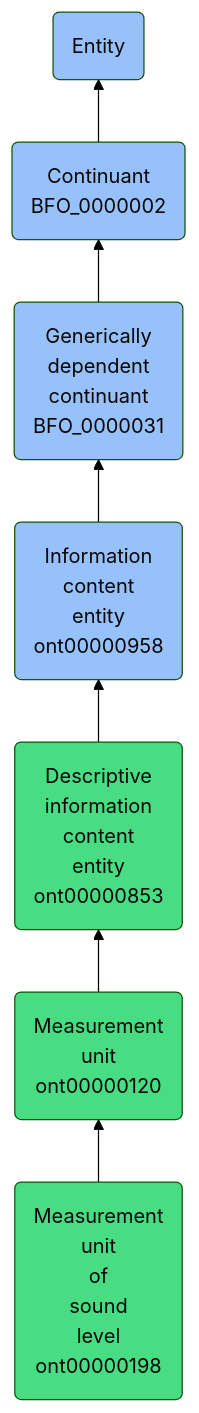
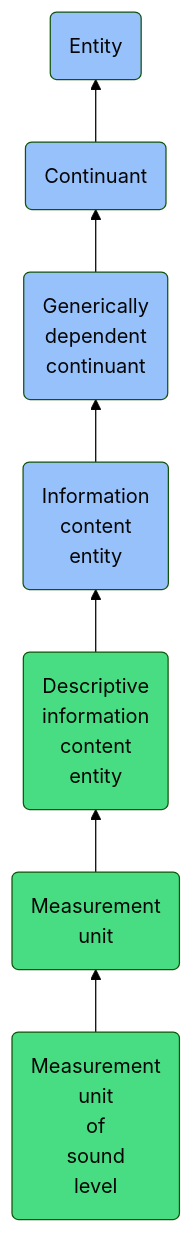
The diagram in docs/ontology/reference/model/Entity/Continuant/Generically dependent continuant/Information content entity/Descriptive information content entity/Measurement unit/Measurement unit of sound level/Measurement unit of sound level.md (jupyter-naas/abi), drawn with Mermaid (forest theme) before and after one commit. The commit also changed other lines of this file and 1430 other files, not shown here.

````diff
--- a/docs/ontology/reference/model/Entity/Continuant/Generically dependent continuant/Information content entity/Descriptive information content entity/Measurement unit/Measurement unit of sound level/Measurement unit of sound level.md
+++ b/docs/ontology/reference/model/Entity/Continuant/Generically dependent continuant/Information content entity/Descriptive information content entity/Measurement unit/Measurement unit of sound level/Measurement unit of sound level.md
@@ -24,14 +24,14 @@
 ```mermaid
 graph BT
-    ont00000198(Measurement<br>unit<br>of<br>sound<br>level<br>ont00000198):::ABI-->ont00000120
-    ont00000120(Measurement<br>unit<br>ont00000120):::ABI-->ont00000853
-    ont00000853(Descriptive<br>information<br>content<br>entity<br>ont00000853):::ABI-->ont00000958
-    ont00000958(Information<br>content<br>entity<br>ont00000958):::BFO-->BFO_0000031
-    BFO_0000031(Generically<br>dependent<br>continuant<br>BFO_0000031):::BFO-->BFO_0000002
-    BFO_0000002(Continuant<br>BFO_0000002):::BFO-->BFO_0000001
+    ont00000198(Measurement<br>unit<br>of<br>sound<br>level):::ABI-->ont00000120
+    ont00000120(Measurement<br>unit):::ABI-->ont00000853
+    ont00000853(Descriptive<br>information<br>content<br>entity):::ABI-->ont00000958
+    ont00000958(Information<br>content<br>entity):::BFO-->BFO_0000031
+    BFO_0000031(Generically<br>dependent<br>continuant):::BFO-->BFO_0000002
+    BFO_0000002(Continuant):::BFO-->BFO_0000001
     BFO_0000001(Entity):::BFO
     
     classDef BFO fill:#97c1fb,color:#060606
     classDef CCO fill:#e4c51e,color:#060606
     classDef ABI fill:#48DD82,color:#060606
 ```
````
